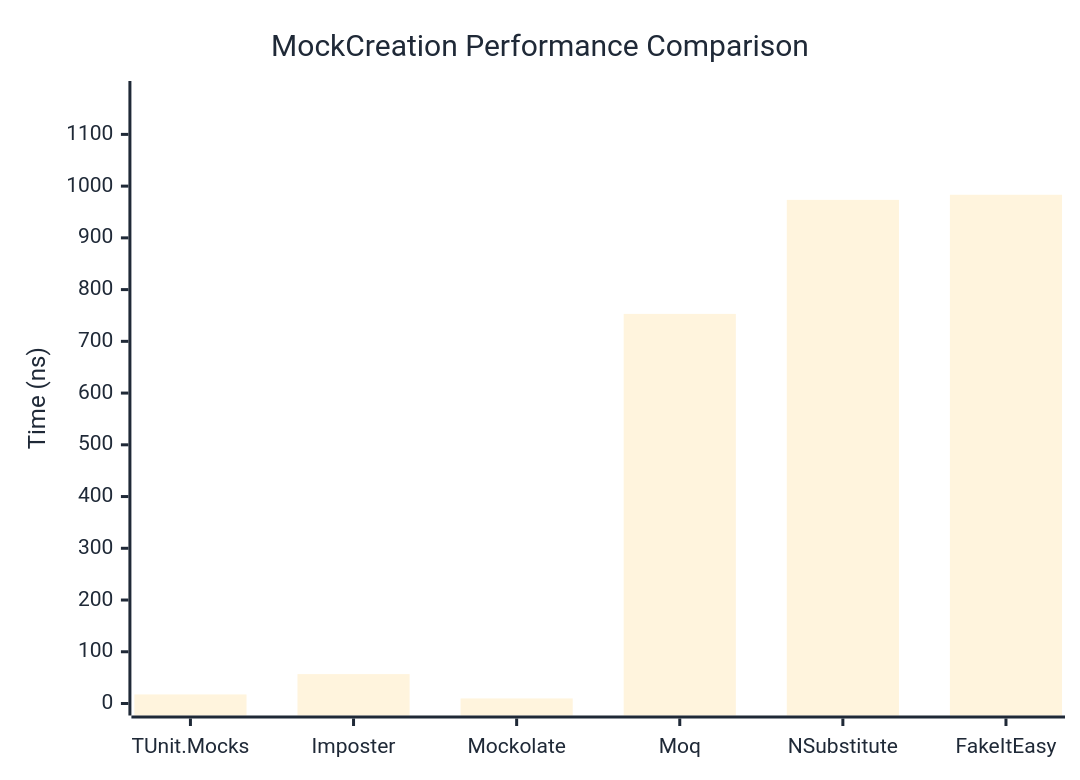
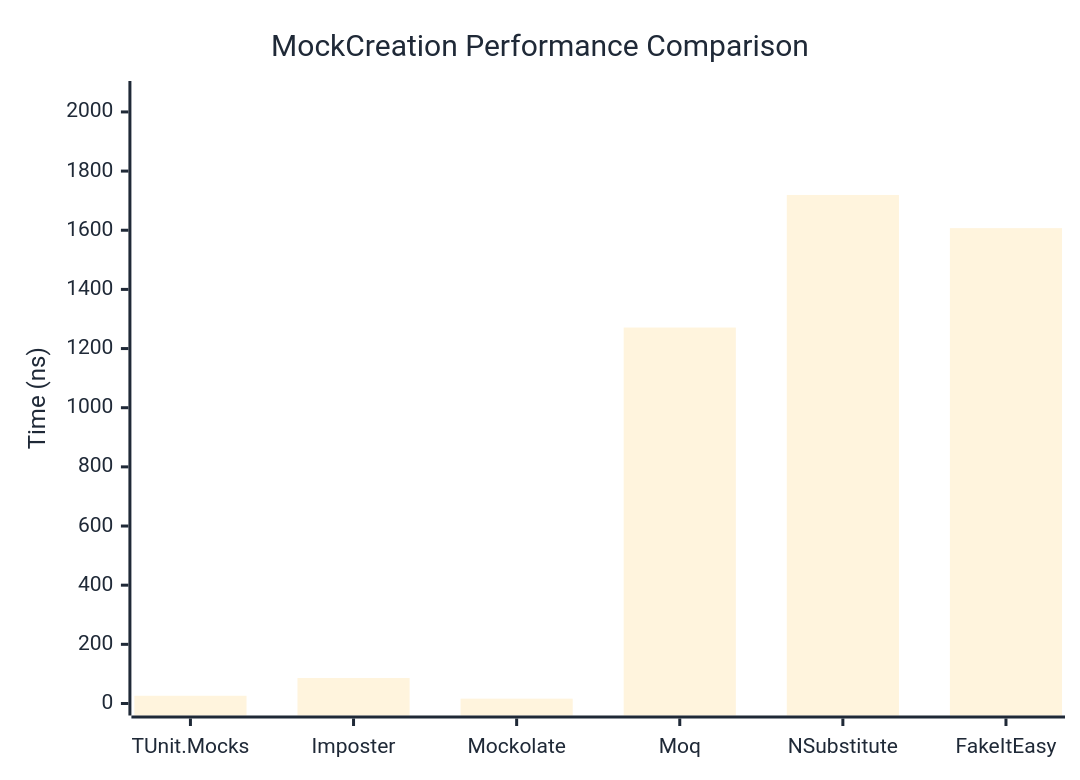
Before and after one commit to thomhurst/TUnit: the first of 2 diagrams in docs/docs/benchmarks/mocks/MockCreation.md, drawn with Mermaid. The commit also changed other lines of this file and 14 other files, not shown here.

````diff
--- a/docs/docs/benchmarks/mocks/MockCreation.md
+++ b/docs/docs/benchmarks/mocks/MockCreation.md
@@ -30,27 +30,27 @@
 ```mermaid
 %%{init: {
   'theme':'base',
   'themeVariables': {
     'primaryColor': '#2563eb',
     'primaryTextColor': '#1f2937',
     'primaryBorderColor': '#1e40af',
     'lineColor': '#6b7280',
     'secondaryColor': '#7c3aed',
     'tertiaryColor': '#dc2626',
     'background': '#ffffff',
     'pie1': '#2563eb',
     'pie2': '#7c3aed',
     'pie3': '#dc2626',
     'pie4': '#f59e0b',
     'pie5': '#10b981',
     'pie6': '#06b6d4',
     'pie7': '#ec4899',
     'pie8': '#6366f1'
   }
 }}%%
 xychart-beta
   title "MockCreation Performance Comparison"
   x-axis ["TUnit.Mocks", "Imposter", "Mockolate", "Moq", "NSubstitute", "FakeItEasy"]
-  y-axis "Time (ns)" 0 --> 1180
-  bar [17.532, 56.826, 9.803, 753.014, 973.426, 983.285]
+  y-axis "Time (ns)" 0 --> 2064
+  bar [26.18, 86.28, 16.37, 1271.08, 1719.32, 1607.13]
 ```
````
